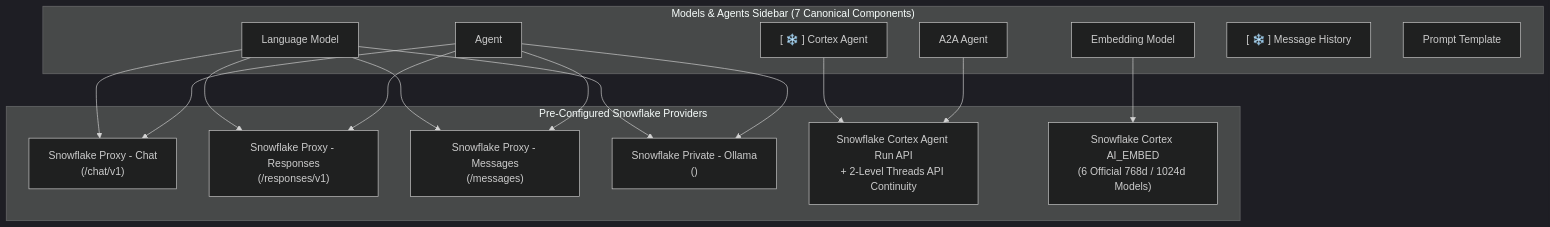
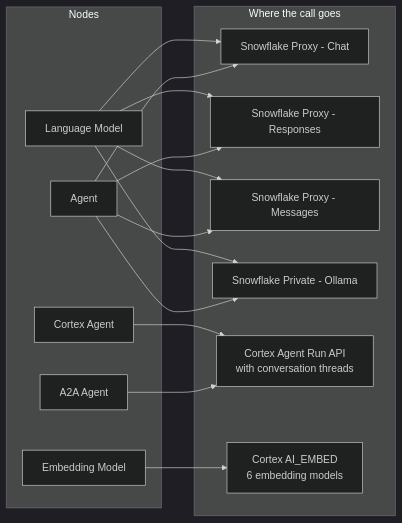
One commit to fbattaglieri-snowflake/Native-Snowflake-Langflow changed the third of 5 diagrams in README.md. Above: the diagram before and after it, drawn with Mermaid (dark theme). The commit also changed other lines of this file and 6 other files, not shown here.

First line of the commit message:
Rewrite README for readability and fix Mermaid diagrams that GitHub could not render

````diff
--- a/README.md
+++ b/README.md
@@ -194,26 +214,31 @@
 ```mermaid
-flowchart TB
-    subgraph Nodes["Models & Agents Sidebar (7 Canonical Components)"]
+flowchart LR
+    subgraph Nodes["Nodes"]
         LM["Language Model"]
         AG["Agent"]
-        CA["[ ❄️ ] Cortex Agent"]
+        CA["Cortex Agent"]
         A2A["A2A Agent"]
         EMB["Embedding Model"]
-        MH["[ ❄️ ] Message History"]
-        PT["Prompt Template"]
     end
 
-    subgraph Providers["Pre-Configured Snowflake Providers"]
-        PChat["Snowflake Proxy - Chat<br/>(<LLM_PROXY_BASE_URL>/chat/v1)"]
-        PResp["Snowflake Proxy - Responses<br/>(<LLM_PROXY_BASE_URL>/responses/v1)"]
-        PMsg["Snowflake Proxy - Messages<br/>(<LLM_PROXY_BASE_URL>/messages)"]
-        POllama["Snowflake Private - Ollama<br/>(<OLLAMA_BASE_URL>)"]
-        CAgentAPI["Snowflake Cortex Agent Run API<br/>+ 2-Level Threads API Continuity"]
-        CEmbed["Snowflake Cortex AI_EMBED<br/>(6 Official 768d / 1024d Models)"]
+    subgraph Providers["Where the call goes"]
+        PChat["Snowflake Proxy - Chat"]
+        PResp["Snowflake Proxy - Responses"]
+        PMsg["Snowflake Proxy - Messages"]
+        POll["Snowflake Private - Ollama"]
+        CAPI["Cortex Agent Run API<br/>with conversation threads"]
+        CEmb["Cortex AI_EMBED<br/>6 embedding models"]
     end
 
-    LM & AG --> PChat & PResp & PMsg & POllama
-    CA --> CAgentAPI
-    A2A --> CAgentAPI
-    EMB --> CEmbed
+    LM --> PChat
+    LM --> PResp
+    LM --> PMsg
+    LM --> POll
+    AG --> PChat
+    AG --> PResp
+    AG --> PMsg
+    AG --> POll
+    CA --> CAPI
+    A2A --> CAPI
+    EMB --> CEmb
 ```
````
